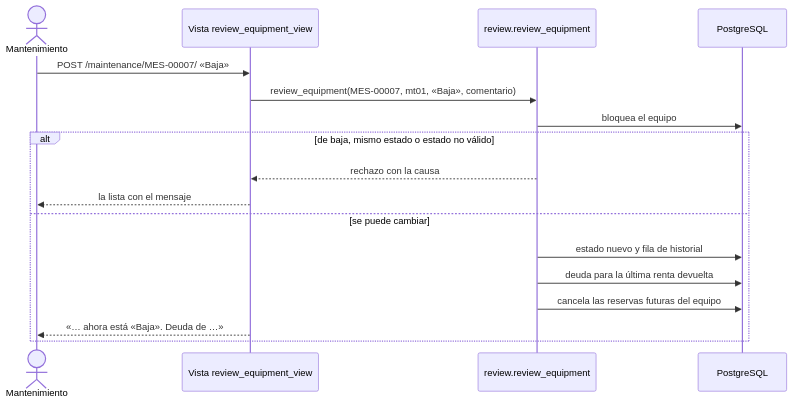
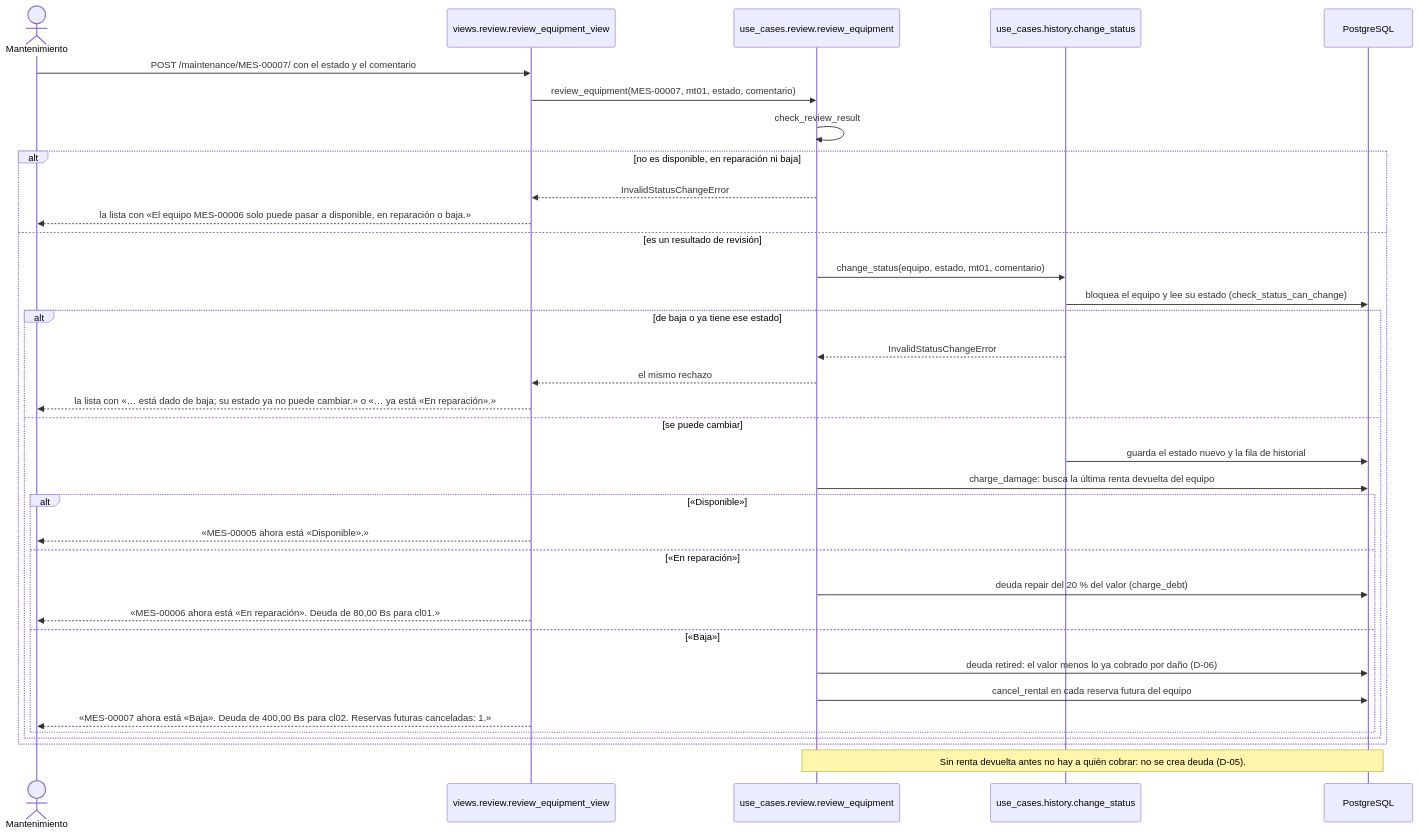
Before and after one commit to peterteranb/astra-rent-system: diagram 11 of 17 in docs/casos-de-uso.md, drawn with Mermaid. The commit also changed other lines of this file and 12 other files, not shown here.

Commit message:
docs: final docs index, decisions and checked sequence diagrams

````diff
--- a/docs/casos-de-uso.md
+++ b/docs/casos-de-uso.md
@@ -449,19 +547,37 @@
 ```mermaid
 sequenceDiagram
     actor T as Mantenimiento
-    participant V as Vista review_equipment_view
-    participant U as review.review_equipment
+    participant V as views.review.review_equipment_view
+    participant U as use_cases.review.review_equipment
+    participant H as use_cases.history.change_status
     participant BD as PostgreSQL
-    T->>V: POST /maintenance/MES-00007/ «Baja»
-    V->>U: review_equipment(MES-00007, mt01, «Baja», comentario)
-    U->>BD: bloquea el equipo
-    alt de baja, mismo estado o estado no válido
-        U-->>V: rechazo con la causa
-        V-->>T: la lista con el mensaje
-    else se puede cambiar
-        U->>BD: estado nuevo y fila de historial
-        U->>BD: deuda para la última renta devuelta
-        U->>BD: cancela las reservas futuras del equipo
-        V-->>T: «… ahora está «Baja». Deuda de …»
+    T->>V: POST /maintenance/MES-00007/ con el estado y el comentario
+    V->>U: review_equipment(MES-00007, mt01, estado, comentario)
+    U->>U: check_review_result
+    alt no es disponible, en reparación ni baja
+        U-->>V: InvalidStatusChangeError
+        V-->>T: la lista con «El equipo MES-00006 solo puede pasar a disponible, en reparación o baja.»
+    else es un resultado de revisión
+        U->>H: change_status(equipo, estado, mt01, comentario)
+        H->>BD: bloquea el equipo y lee su estado (check_status_can_change)
+        alt de baja o ya tiene ese estado
+            H-->>U: InvalidStatusChangeError
+            U-->>V: el mismo rechazo
+            V-->>T: la lista con «… está dado de baja#59; su estado ya no puede cambiar.» o «… ya está «En reparación».»
+        else se puede cambiar
+            H->>BD: guarda el estado nuevo y la fila de historial
+            U->>BD: charge_damage: busca la última renta devuelta del equipo
+            alt «Disponible»
+                V-->>T: «MES-00005 ahora está «Disponible».»
+            else «En reparación»
+                U->>BD: deuda repair del 20 % del valor (charge_debt)
+                V-->>T: «MES-00006 ahora está «En reparación». Deuda de 80,00 Bs para cl01.»
+            else «Baja»
+                U->>BD: deuda retired: el valor menos lo ya cobrado por daño (D-06)
+                U->>BD: cancel_rental en cada reserva futura del equipo
+                V-->>T: «MES-00007 ahora está «Baja». Deuda de 400,00 Bs para cl02. Reservas futuras canceladas: 1.»
+            end
+        end
     end
+    Note over U,BD: Sin renta devuelta antes no hay a quién cobrar: no se crea deuda (D-05).
 ```
````
